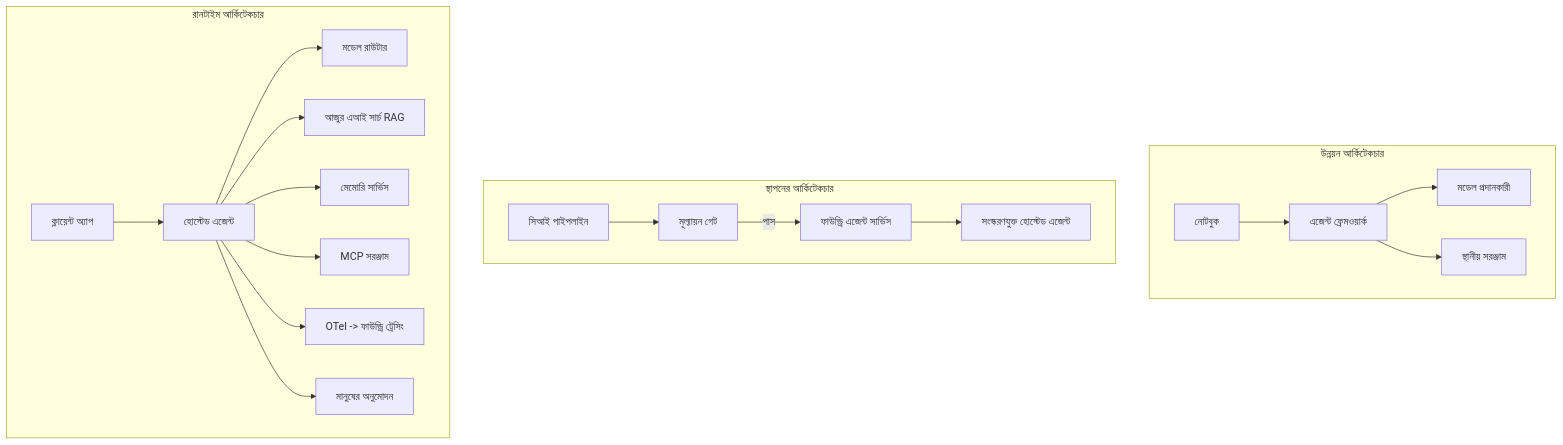
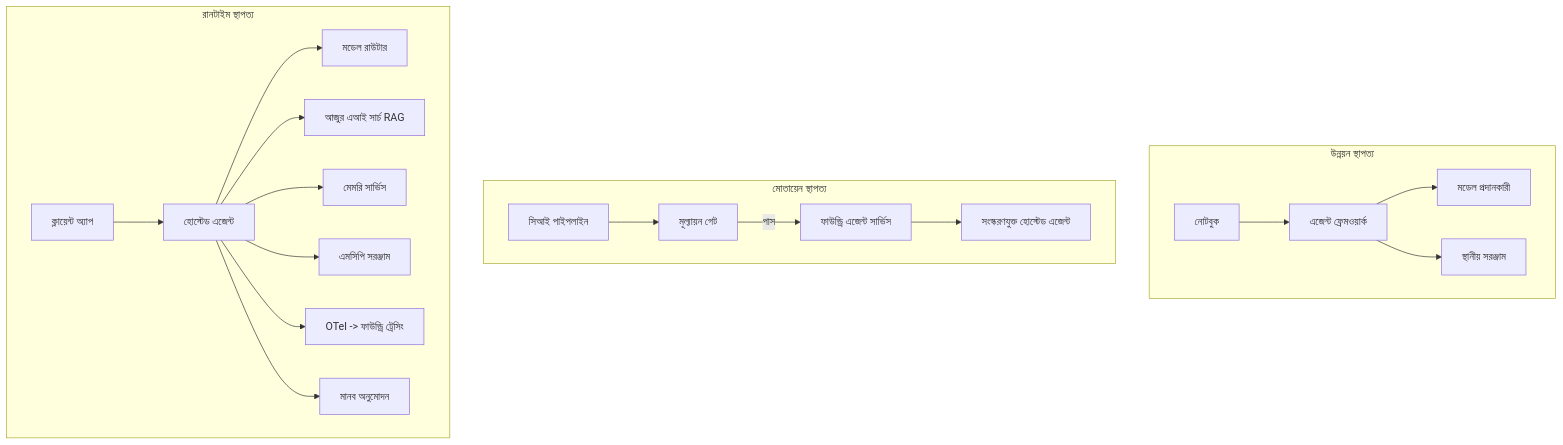
The fourth of 4 diagrams in translations/bn/16-deploying-scalable-agents/README.md (microsoft/ai-agents-for-beginners), drawn with Mermaid before and after one commit. The commit also changed other lines of this file and 45 other files, not shown here.

````diff
--- a/translations/bn/16-deploying-scalable-agents/README.md
+++ b/translations/bn/16-deploying-scalable-agents/README.md
@@ -185,22 +185,22 @@
 ```mermaid
 flowchart TB
-    subgraph Dev[উন্নয়ন আর্কিটেকচার]
+    subgraph Dev[উন্নয়ন স্থাপত্য]
         D1[নোটবুক] --> D2[এজেন্ট ফ্রেমওয়ার্ক]
         D2 --> D3[মডেল প্রদানকারী]
         D2 --> D4[স্থানীয় সরঞ্জাম]
     end
-    subgraph Deploy[স্থাপনের আর্কিটেকচার]
+    subgraph Deploy[মোতায়েন স্থাপত্য]
         E1[সিআই পাইপলাইন] --> E2[মূল্যায়ন গেট]
         E2 -->|পাস| E3[ফাউন্ড্রি এজেন্ট সার্ভিস]
         E3 --> E4[সংস্করণযুক্ত হোস্টেড এজেন্ট]
     end
-    subgraph Run[রানটাইম আর্কিটেকচার]
+    subgraph Run[রানটাইম স্থাপত্য]
         F1[ক্লায়েন্ট অ্যাপ] --> F2[হোস্টেড এজেন্ট]
         F2 --> F3[মডেল রাউটার]
         F2 --> F4[আজুর এআই সার্চ RAG]
-        F2 --> F5[মেমোরি সার্ভিস]
-        F2 --> F6[MCP সরঞ্জাম]
+        F2 --> F5[মেমরি সার্ভিস]
+        F2 --> F6[এমসিপি সরঞ্জাম]
         F2 --> F7[OTel -> ফাউন্ড্রি ট্রেসিং]
-        F2 --> F8[মানুষের অনুমোদন]
+        F2 --> F8[মানব অনুমোদন]
     end
 ```
````
